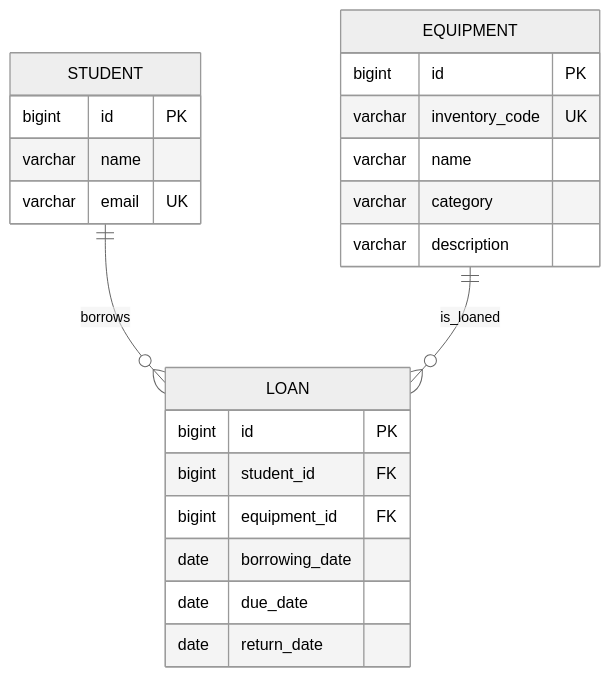
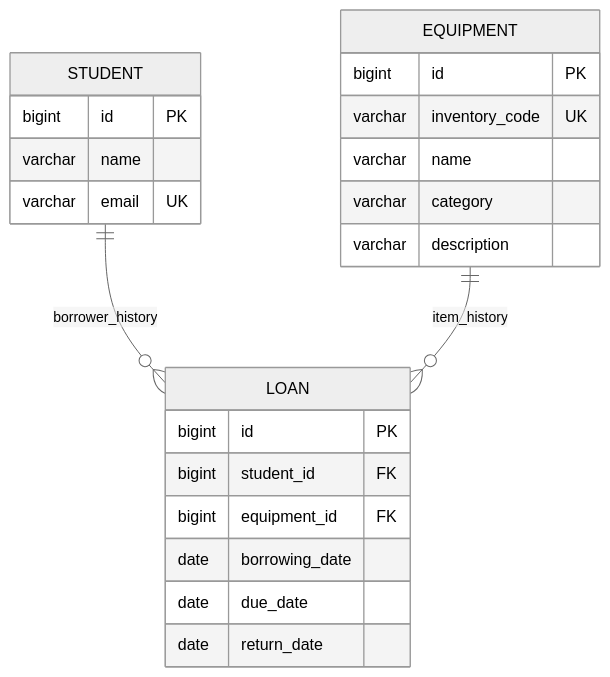
One commit to komayl-dbouk/Equipment-Lending-System changed the third of 6 diagrams in docs/design/architecture.md. Above: the diagram before and after it, drawn with Mermaid (neutral theme). The commit also changed other lines of this file and 7 other files, not shown here.

Commit message:
ELS-37 docs: align API contract diagrams and traceability

````diff
--- a/docs/design/architecture.md
+++ b/docs/design/architecture.md
@@ -52,25 +110,25 @@
 ```mermaid
 erDiagram
-  STUDENT ||--o{ LOAN : borrows
-  EQUIPMENT ||--o{ LOAN : is_loaned
+  STUDENT ||--o{ LOAN : borrower_history
+  EQUIPMENT ||--o{ LOAN : item_history
   STUDENT {
     bigint id PK
     varchar name
     varchar email UK
   }
   EQUIPMENT {
     bigint id PK
     varchar inventory_code UK
     varchar name
     varchar category
     varchar description
   }
   LOAN {
     bigint id PK
     bigint student_id FK
     bigint equipment_id FK
     date borrowing_date
     date due_date
     date return_date
   }
 ```
````
